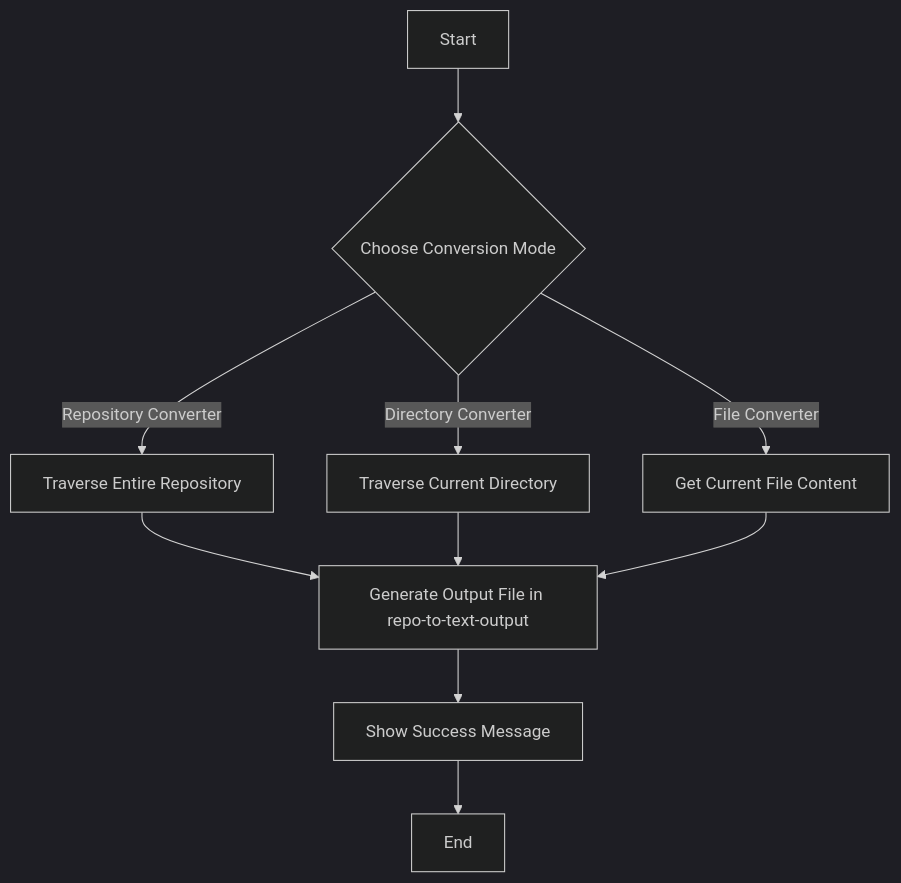
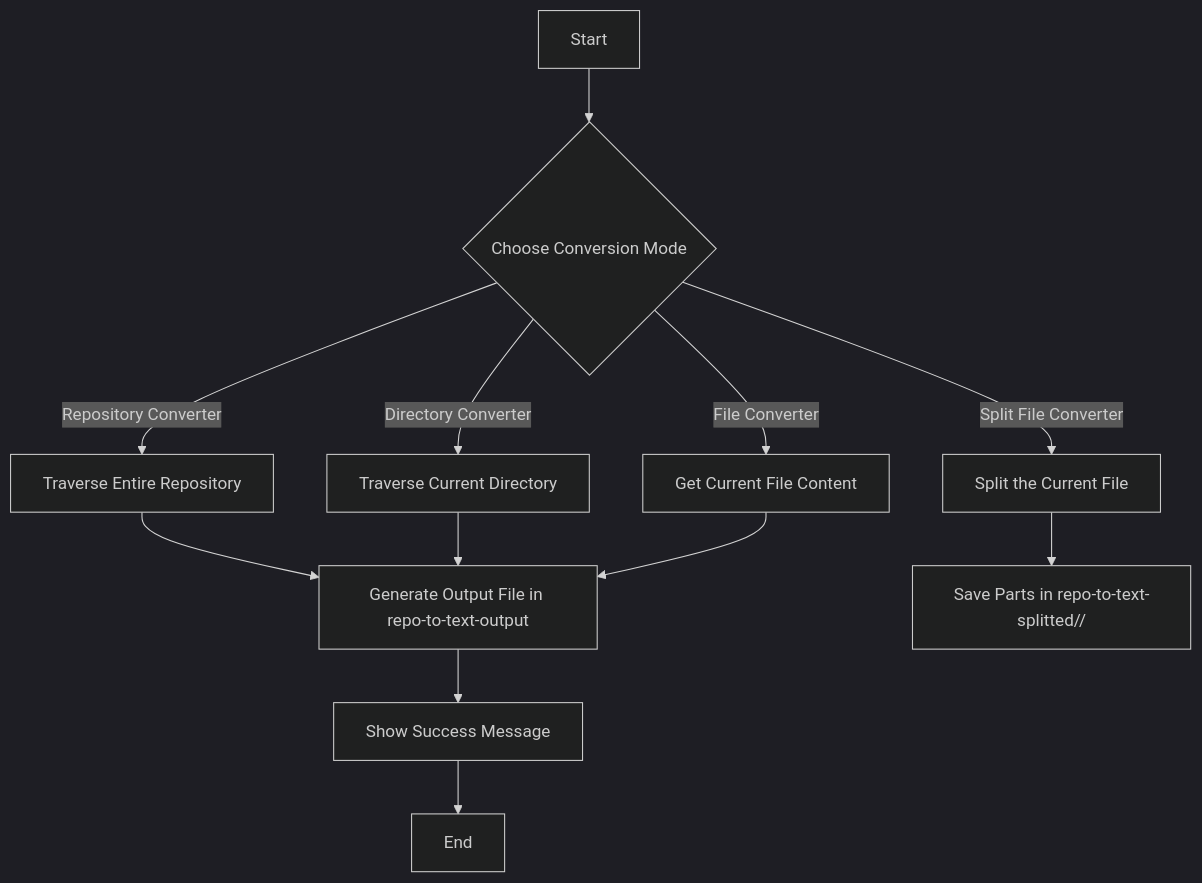
One commit to brunocalmon/vscode-dir-to-text-converter changed the diagram in README.md. Above: the diagram before and after it, drawn with Mermaid (dark theme). The commit also changed other lines of this file and 1 other file, not shown here.

````diff
--- a/README.md
+++ b/README.md
@@ -15,12 +19,14 @@
 ```mermaid
 flowchart TD
     A[Start] --> B{Choose Conversion Mode}
     B -->|Repository Converter| C[Traverse Entire Repository]
     B -->|Directory Converter| D[Traverse Current Directory]
     B -->|File Converter| E[Get Current File Content]
-    C --> F[Generate Output File in repo-to-text-output]
-    D --> F
-    E --> F
-    F --> G[Show Success Message]
-    G --> H[End]
+    B -->|Split File Converter| F[Split the Current File]
+    C --> G[Generate Output File in repo-to-text-output]
+    D --> G
+    E --> G
+    F --> H[Save Parts in repo-to-text-splitted/<original-file-name>/]
+    G --> I[Show Success Message]
+    I --> J[End]
 ```
````
